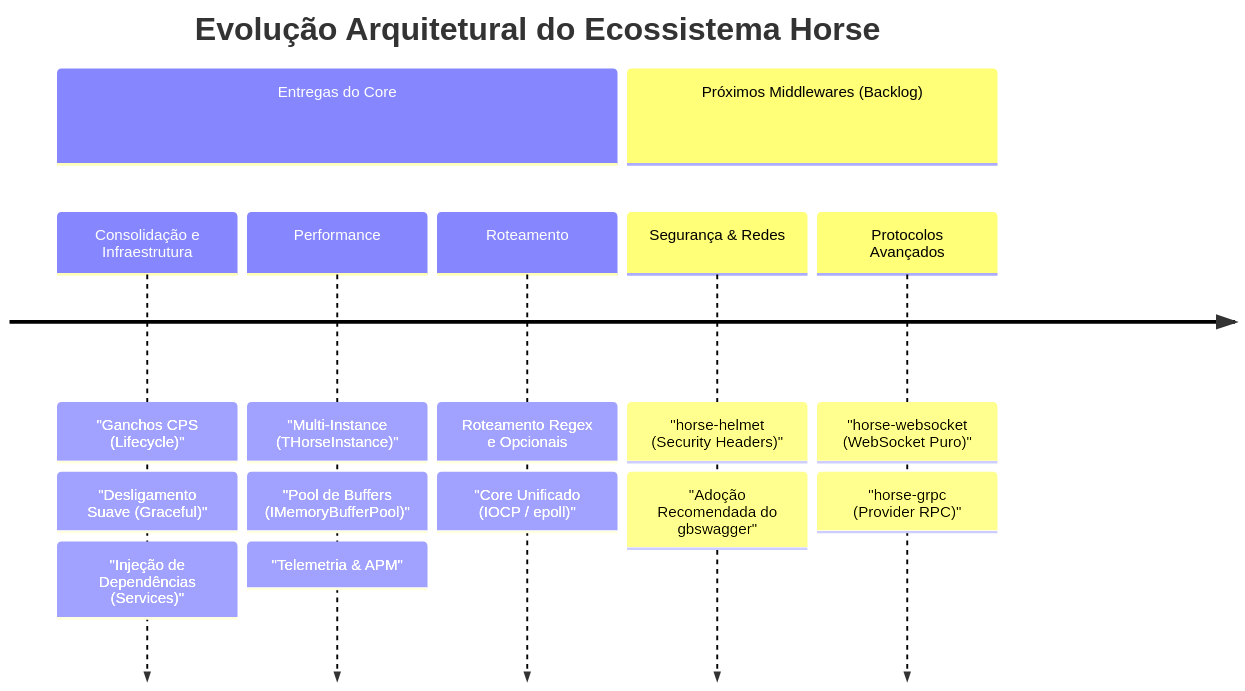
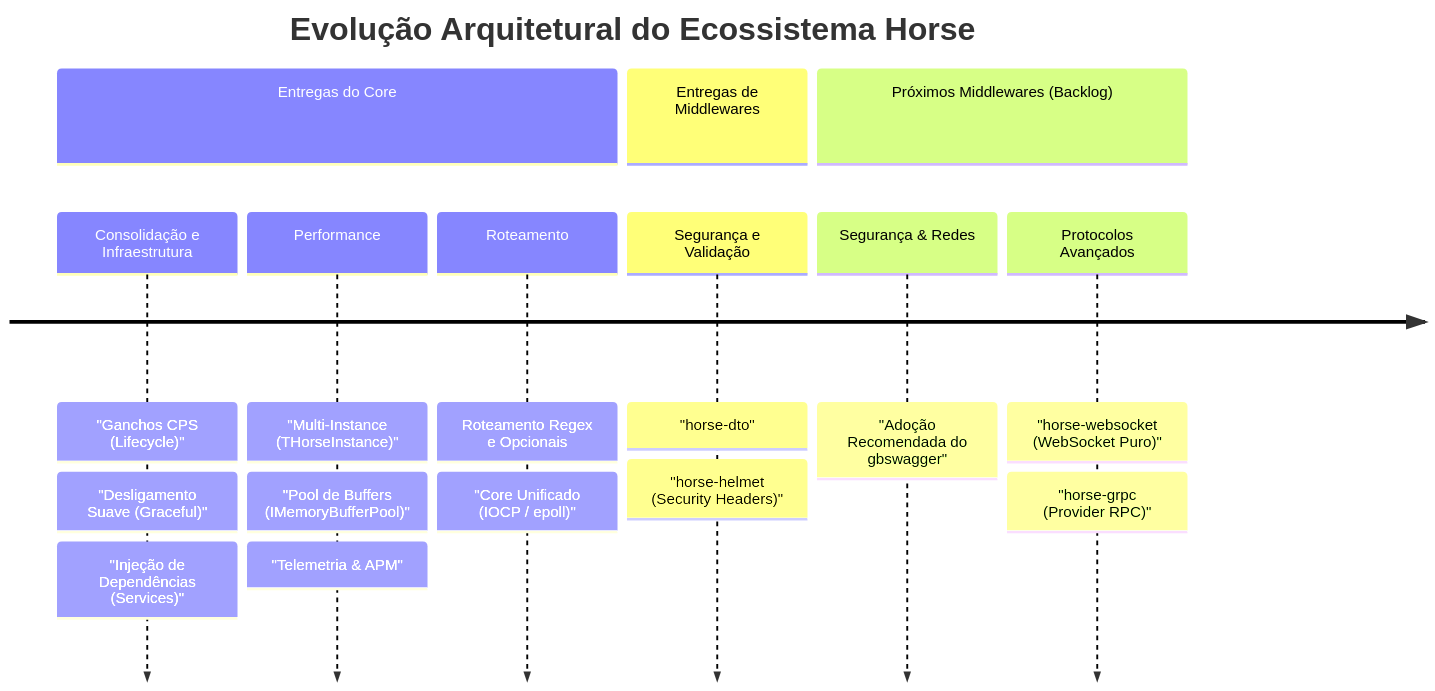
Before and after one commit to HashLoad/horse: the diagram in doc/roadmap/README.md, drawn with Mermaid. The commit also changed other lines of this file and 4 other files, not shown here.

Commit message:
docs: update roadmap and add regyssilveira community middlewares

````diff
--- a/doc/roadmap/README.md
+++ b/doc/roadmap/README.md
@@ -14,11 +14,13 @@
 ```mermaid
 timeline
     title Evolução Arquitetural do Ecossistema Horse
     section Entregas do Core
         Consolidação e Infraestrutura : "Ganchos CPS (Lifecycle)" : "Desligamento Suave (Graceful)" : "Injeção de Dependências (Services)"
         Performance : "Multi-Instance (THorseInstance)" : "Pool de Buffers (IMemoryBufferPool)" : "Telemetria & APM"
         Roteamento : Roteamento Regex e Opcionais : "Core Unificado (IOCP / epoll)"
+    section Entregas de Middlewares
+        Segurança e Validação : "horse-dto" : "horse-helmet (Security Headers)"
     section Próximos Middlewares (Backlog)
-        Segurança & Redes : "horse-helmet (Security Headers)" : "Adoção Recomendada do gbswagger"
+        Segurança & Redes : "Adoção Recomendada do gbswagger"
         Protocolos Avançados : "horse-websocket (WebSocket Puro)" : "horse-grpc (Provider RPC)"
 ```
````
